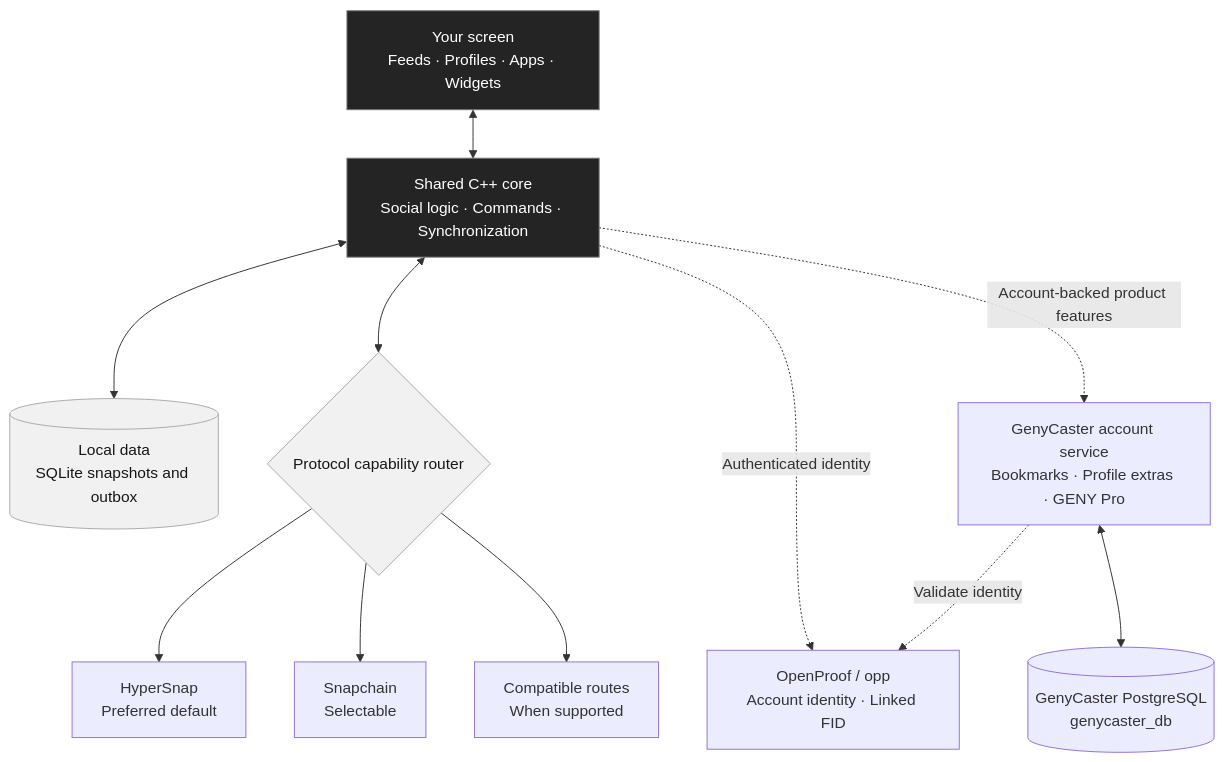
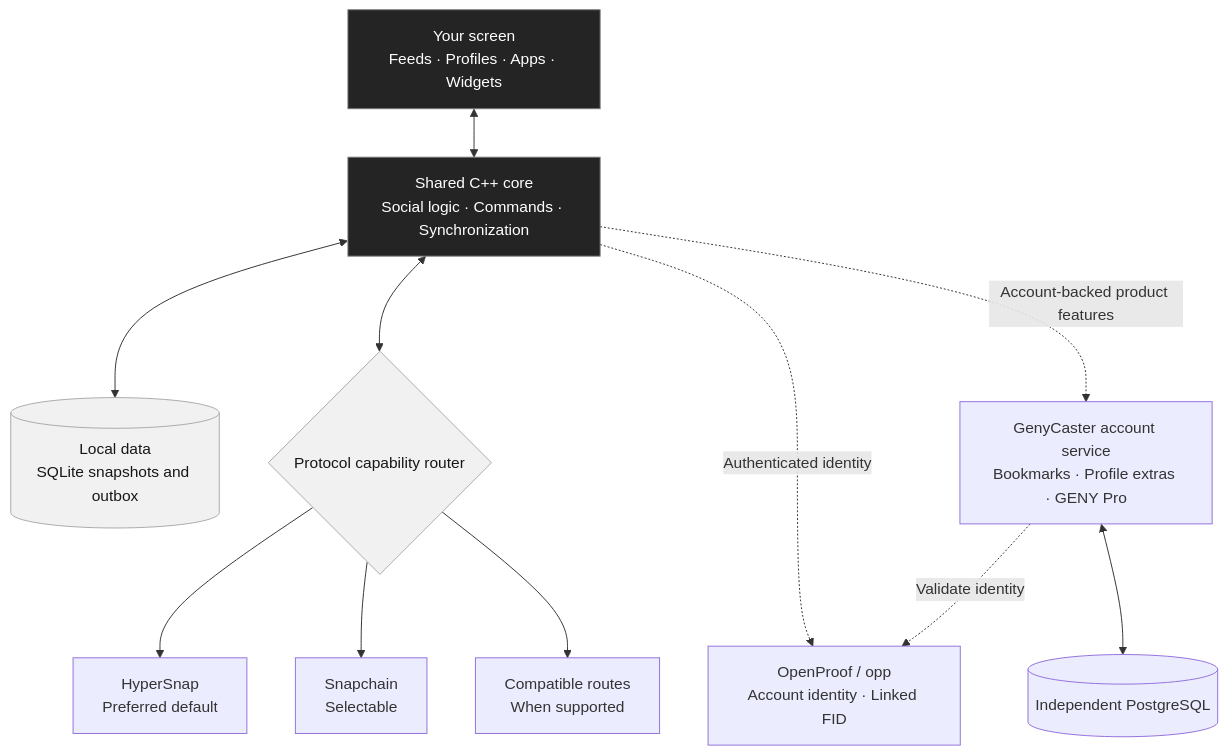
The diagram in README.md (genyleap/genycaster), drawn with Mermaid before and after one commit. The commit also changed other lines of this file and 58 other files, not shown here.

````diff
--- a/README.md
+++ b/README.md
@@ -38,29 +38,29 @@
 ```mermaid
 flowchart TB
     PEOPLE["Your screen<br/>Feeds · Profiles · Apps · Widgets"]
     CORE["Shared C++ core<br/>Social logic · Commands · Synchronization"]
     CACHE[("Local data<br/>SQLite snapshots and outbox")]
     ROUTER{"Protocol capability router"}
     HYPER["HyperSnap<br/>Preferred default"]
     SNAP["Snapchain<br/>Selectable"]
     OTHER["Compatible routes<br/>When supported"]
     IDENTITY["OpenProof / opp<br/>Account identity · Linked FID"]
     EXTRA["GenyCaster account service<br/>Bookmarks · Profile extras · GENY Pro"]
-    ACCOUNTDB[("GenyCaster PostgreSQL<br/>genycaster_db")]
+    ACCOUNTDB[("Independent PostgreSQL")]
 
     PEOPLE <--> CORE
     CORE <--> CACHE
     CORE <--> ROUTER
     ROUTER --> HYPER
     ROUTER --> SNAP
     ROUTER --> OTHER
     CORE -. "Authenticated identity" .-> IDENTITY
     CORE -. "Account-backed product features" .-> EXTRA
     EXTRA <--> ACCOUNTDB
     EXTRA -. "Validate identity" .-> IDENTITY
 
     classDef main fill:#242424,color:#fff,stroke:#777;
     classDef neutral fill:#f1f1f1,color:#171717,stroke:#aaa;
     class PEOPLE,CORE main;
     class CACHE,ROUTER neutral;
 ```
````
